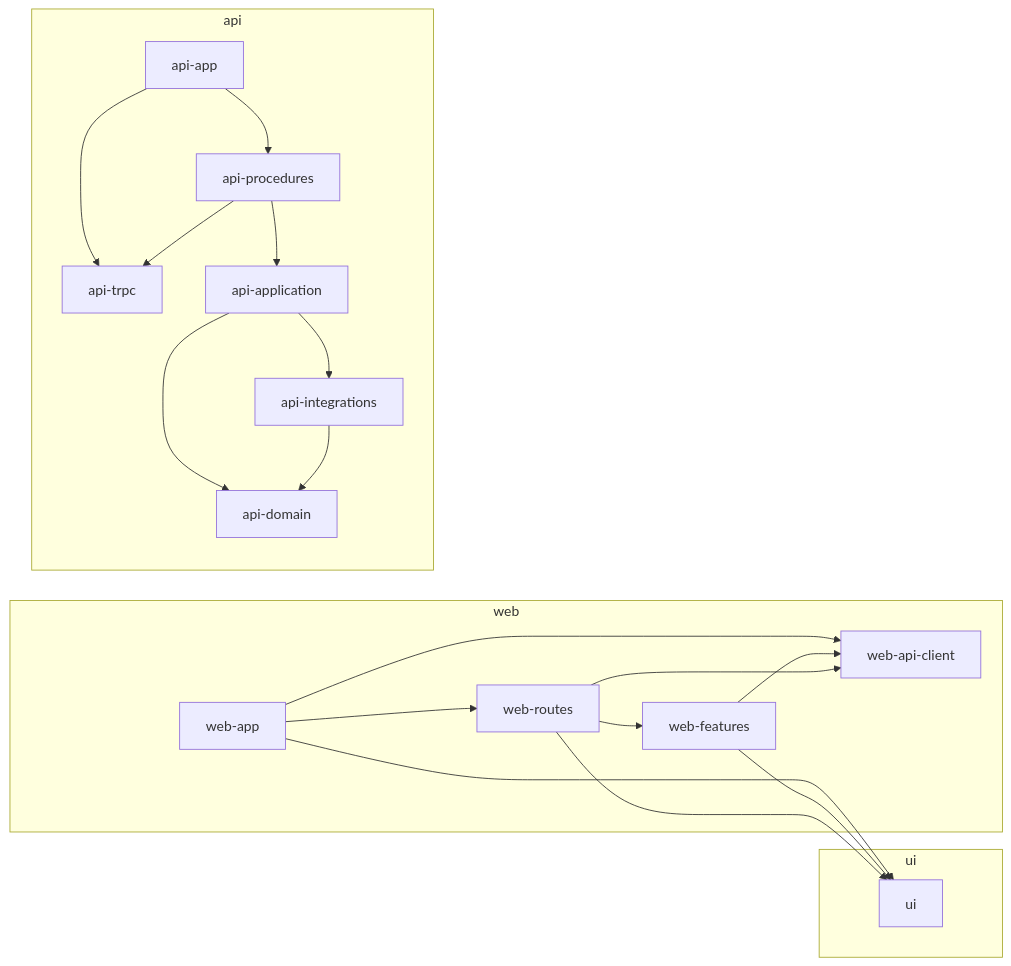
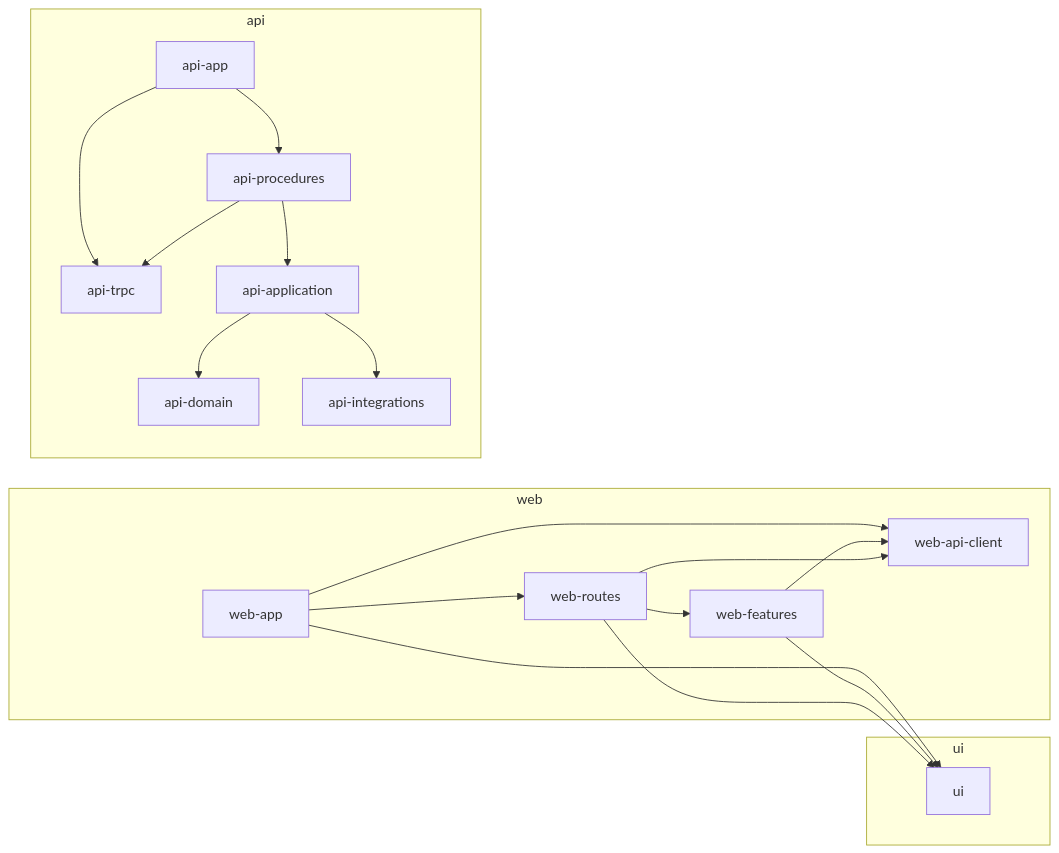
Before and after one commit to BenSheridanEdwards/AgenticRepoTemplate: the diagram in docs/architecture/roles.mmd, drawn with Mermaid. The commit also changed 260 other files, not shown here.

First line of the commit message:
feat(architecture): enforce a consistent Todo trial contract (#127)

```diff
--- a/docs/architecture/roles.mmd
+++ b/docs/architecture/roles.mmd
@@ -1,34 +1,33 @@
 %% Generated by tooling/architecture/diagram.mjs (pnpm arch:diagram): every role and value direction in .fallowrc.jsonc; any role may import types from any other role. Do not edit.
 flowchart LR
   subgraph kind_web["web"]
     web_app["web-app"]
     web_api_client["web-api-client"]
     web_routes["web-routes"]
     web_features["web-features"]
   end
   subgraph kind_api["api"]
     api_app["api-app"]
     api_trpc["api-trpc"]
     api_procedures["api-procedures"]
     api_application["api-application"]
     api_domain["api-domain"]
     api_integrations["api-integrations"]
   end
   subgraph kind_ui["ui"]
     ui["ui"]
   end
   api_app --> api_procedures
   api_app --> api_trpc
   api_application --> api_domain
   api_application --> api_integrations
-  api_integrations --> api_domain
   api_procedures --> api_application
   api_procedures --> api_trpc
   web_app --> ui
   web_app --> web_api_client
   web_app --> web_routes
   web_features --> ui
   web_features --> web_api_client
   web_routes --> ui
   web_routes --> web_api_client
   web_routes --> web_features
```
